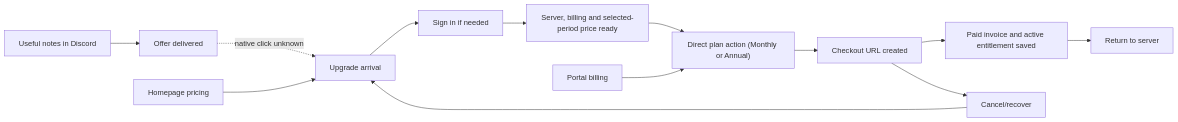
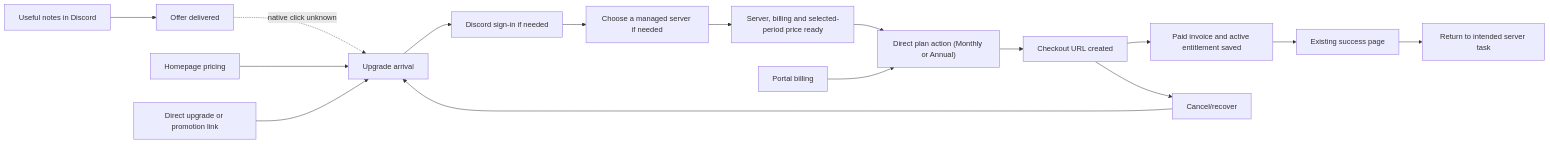
One commit to BASIC-BIT/meeting-notes-discord-bot changed the first of 2 diagrams in docs/purchase-analytics.md. Above: the diagram before and after it, drawn with Mermaid. The commit also changed other lines of this file and 18 other files, not shown here.

````diff
--- a/docs/purchase-analytics.md
+++ b/docs/purchase-analytics.md
@@ -14,11 +14,14 @@
 ```mermaid
 flowchart LR
   Discord["Useful notes in Discord"] --> Offer["Offer delivered"]
   Offer -. "native click unknown" .-> Arrival["Upgrade arrival"]
   Home["Homepage pricing"] --> Arrival
-  Arrival --> Auth["Sign in if needed"] --> Ready["Server, billing and selected-period price ready"]
+  Direct["Direct upgrade or promotion link"] --> Arrival
+  Arrival --> Auth["Discord sign-in if needed"] --> Select["Choose a managed server if needed"]
+  Select --> Ready["Server, billing and selected-period price ready"]
   Ready --> Click["Direct plan action (Monthly or Annual)"] --> Checkout["Checkout URL created"]
   Billing["Portal billing"] --> Click
-  Checkout --> Paid["Paid invoice and active entitlement saved"] --> Return["Return to server"]
+  Checkout --> Paid["Paid invoice and active entitlement saved"] --> Success["Existing success page"]
+  Success --> Return["Return to intended server task"]
   Checkout --> Cancel["Cancel/recover"] --> Arrival
 ```
````
